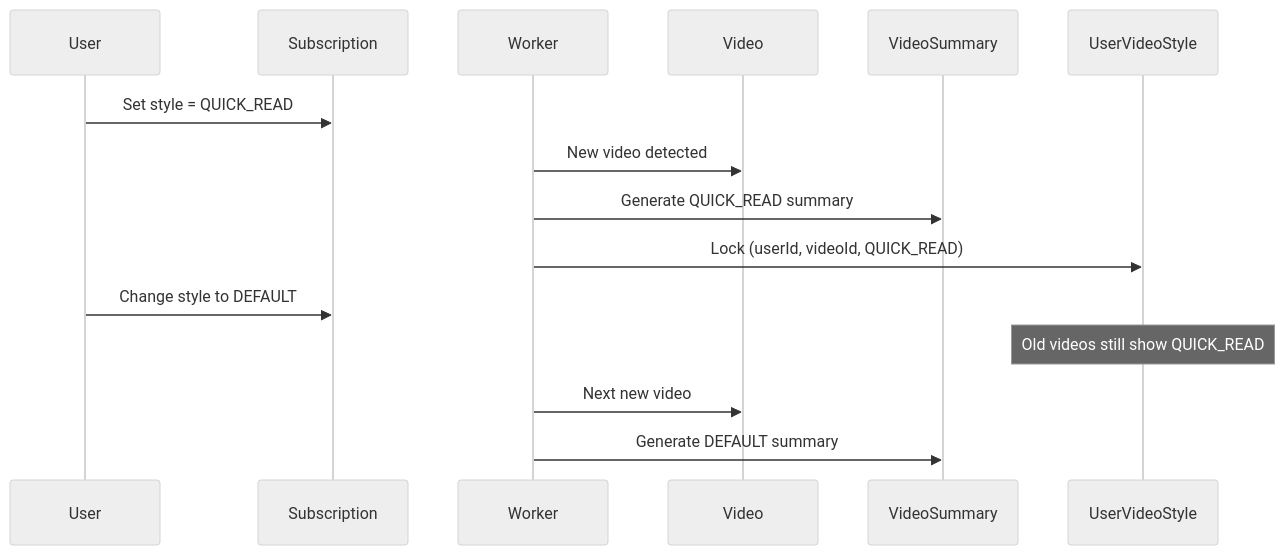
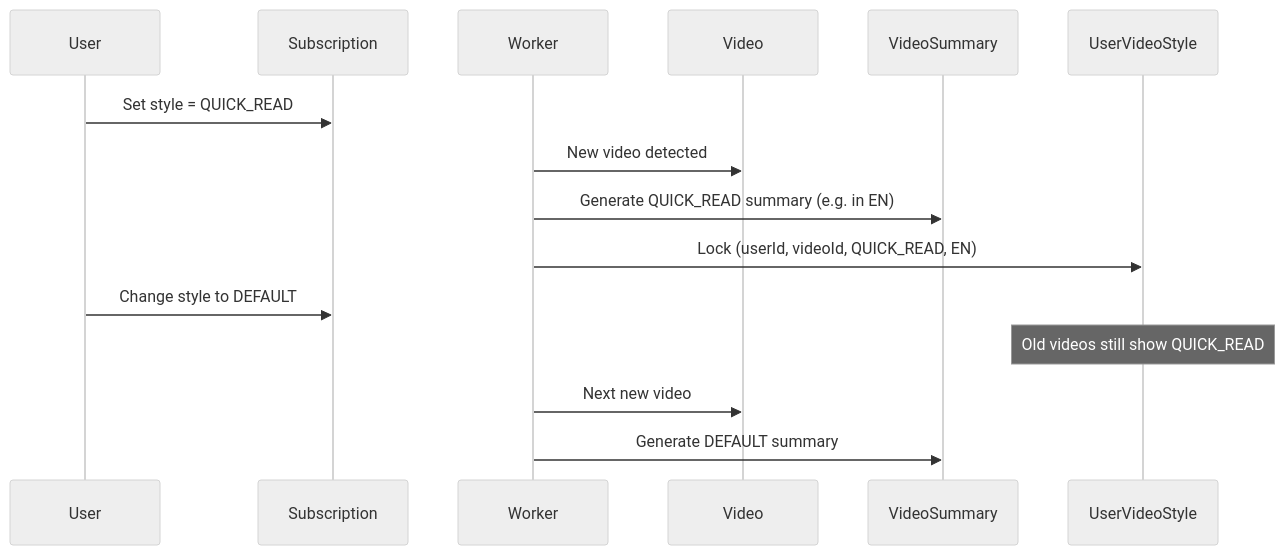
One commit to tomdhyang-byte/youtube-rss-generator changed the second of 2 diagrams in ARCHITECTURE.md. Above: the diagram before and after it, drawn with Mermaid (neutral theme). The commit also changed other lines of this file and 21 other files, not shown here.

````diff
--- a/ARCHITECTURE.md
+++ b/ARCHITECTURE.md
@@ -164,11 +164,11 @@
 ```mermaid
 sequenceDiagram
     User->>Subscription: Set style = QUICK_READ
     Worker->>Video: New video detected
-    Worker->>VideoSummary: Generate QUICK_READ summary
-    Worker->>UserVideoStyle: Lock (userId, videoId, QUICK_READ)
+    Worker->>VideoSummary: Generate QUICK_READ summary (e.g. in EN)
+    Worker->>UserVideoStyle: Lock (userId, videoId, QUICK_READ, EN)
     User->>Subscription: Change style to DEFAULT
     Note over UserVideoStyle: Old videos still show QUICK_READ
     Worker->>Video: Next new video
     Worker->>VideoSummary: Generate DEFAULT summary
 ```
````
